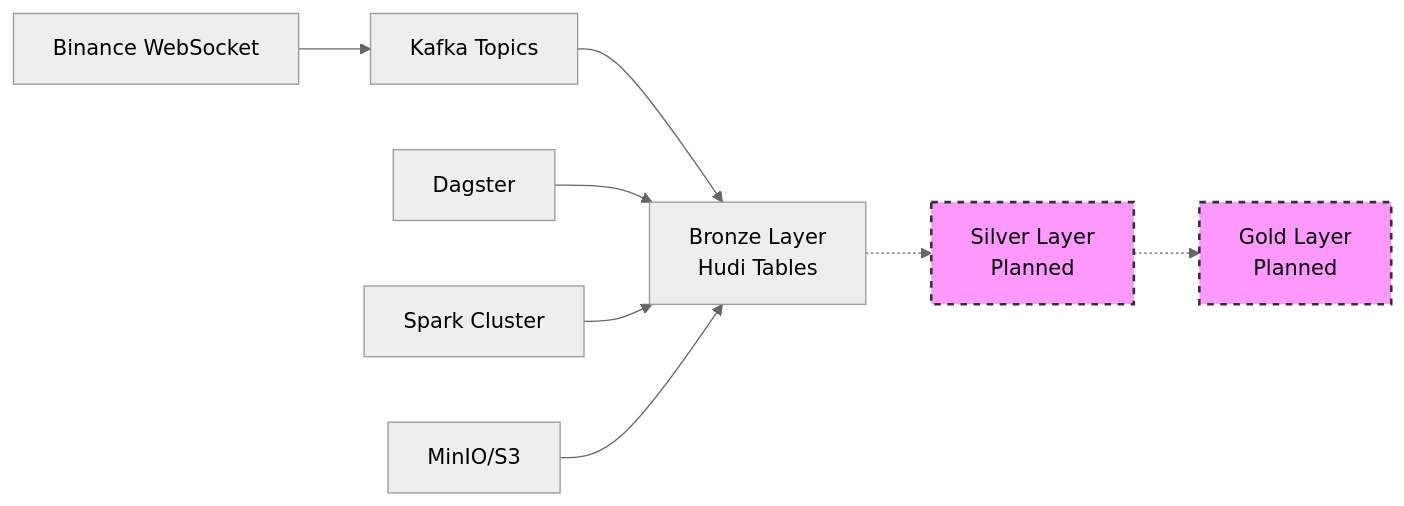
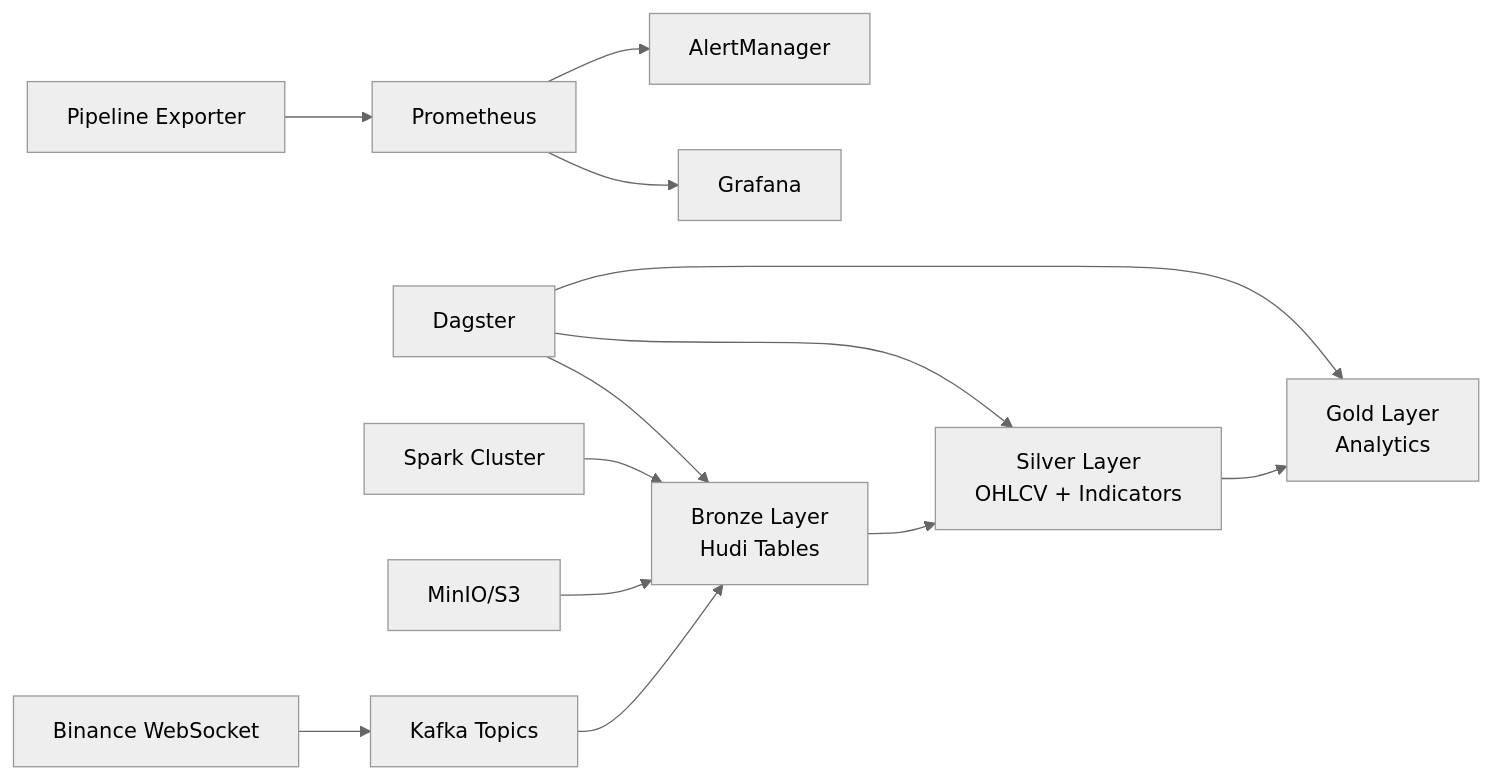
The diagram in README.md (ducnguyent/crypto-data-pipeline), drawn with Mermaid (neutral theme) before and after one commit. The commit also changed other lines of this file and 21 other files, not shown here.

Commit message:
feat: implement pipeline monitoring with Prometheus/Grafana and add data quality assets and utilities

````diff
--- a/README.md
+++ b/README.md
@@ -7,14 +7,17 @@
 ```mermaid
 graph LR
     A[Binance WebSocket] --> B[Kafka Topics]
     B --> C[Bronze Layer<br/>Hudi Tables]
-    C -.-> D[Silver Layer<br/>Planned]
-    D -.-> E[Gold Layer<br/>Planned]
+    C --> D[Silver Layer<br/>OHLCV + Indicators]
+    D --> E[Gold Layer<br/>Analytics]
     
     F[Dagster] --> C
+    F --> D
+    F --> E
     G[Spark Cluster] --> C
     H[MinIO/S3] --> C
     
-    style D fill:#f9f,stroke:#333,stroke-width:2px,stroke-dasharray: 5 5
-    style E fill:#f9f,stroke:#333,stroke-width:2px,stroke-dasharray: 5 5
+    I[Prometheus] --> J[Grafana]
+    K[Pipeline Exporter] --> I
+    I --> L[AlertManager]
 ```
````
